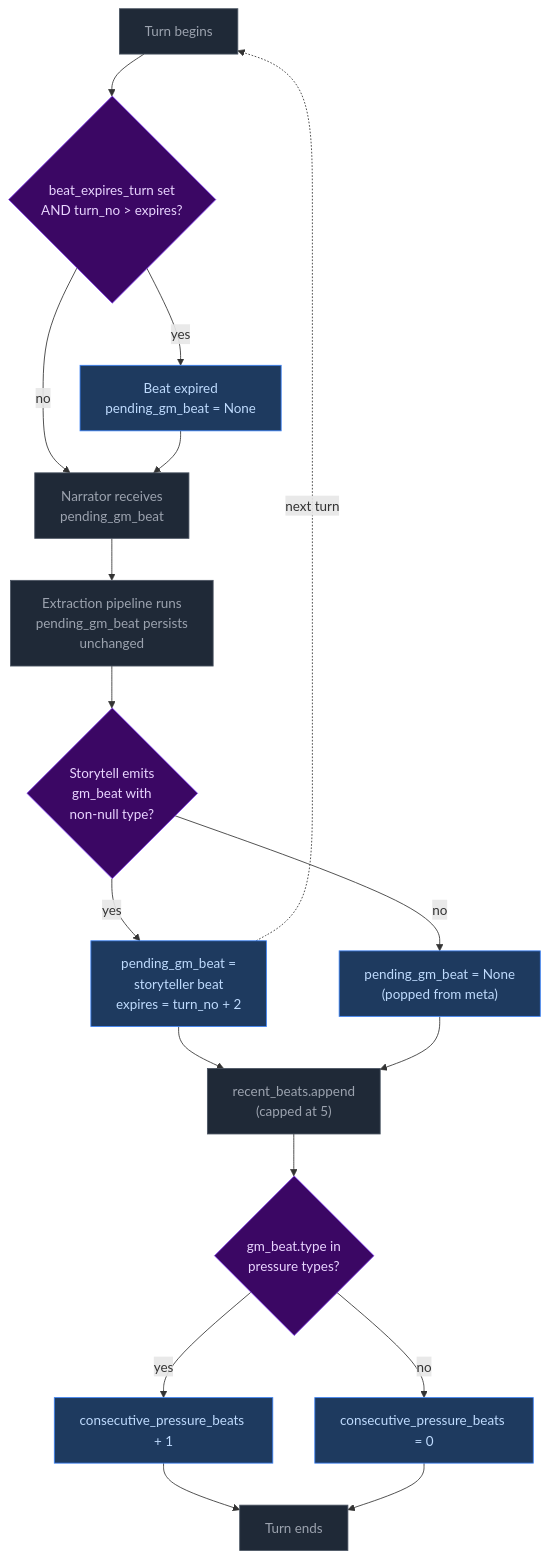
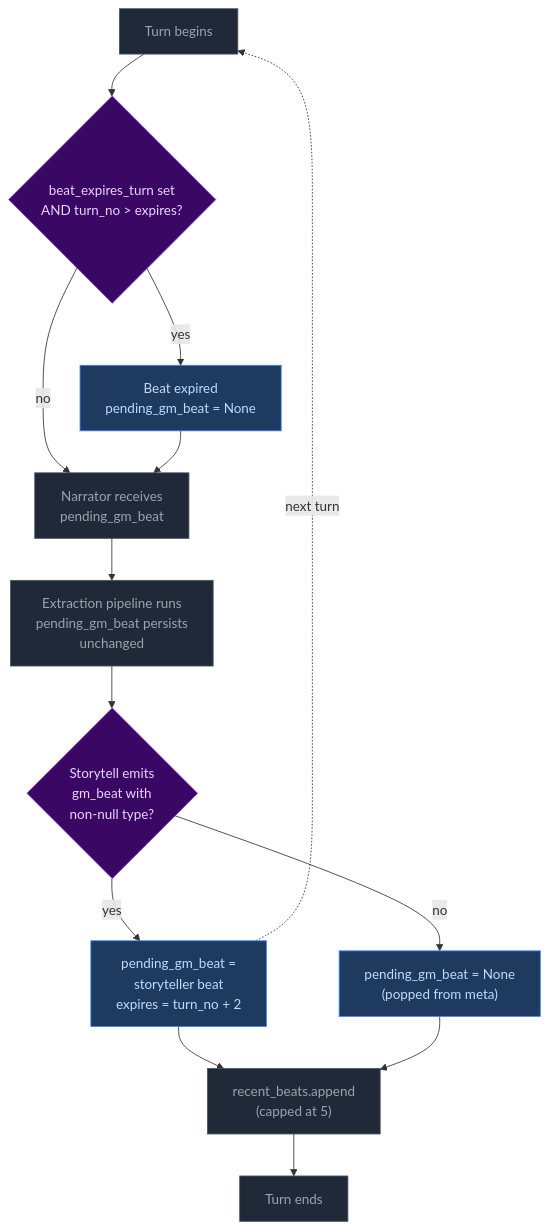
Before and after one commit to pww217/fablethread: the second of 7 diagrams in docs/architecture/pacing-systems.md, drawn with Mermaid. The commit also changed other lines of this file and 6 other files, not shown here.

````diff
--- a/docs/architecture/pacing-systems.md
+++ b/docs/architecture/pacing-systems.md
@@ -89,31 +84,26 @@
 ```mermaid
 flowchart TD
     classDef pyNode fill:#1f2937,color:#9ca3af,stroke:#4b5563
     classDef decision fill:#3b0764,color:#e9d5ff,stroke:#7c3aed
     classDef output fill:#1e3a5f,color:#bfdbfe,stroke:#3b82f6
     classDef system fill:#3b0764,color:#e9d5ff,stroke:#7c3aed,strokeWidth:2px
 
     START["Turn begins"]:::pyNode --> EXPIRY{"beat_expires_turn set<br>AND turn_no > expires?"}:::decision
     EXPIRY -- yes --> NULL["Beat expired<br>pending_gm_beat = None"]:::output
     EXPIRY -- no --> NARRATE["Narrator receives<br>pending_gm_beat"]:::pyNode
     NULL --> NARRATE
 
     NARRATE --> EXTRACTION["Extraction pipeline runs<br>pending_gm_beat persists<br>unchanged"]:::pyNode
     EXTRACTION --> STORYLLM{"Storytell emits<br>gm_beat with<br>non-null type?"}:::decision
     STORYLLM -- yes --> STORED["pending_gm_beat =<br>storyteller beat<br>expires = turn_no + 2"]:::output
     STORYLLM -- no --> POPPED["pending_gm_beat = None<br>(popped from meta)"]:::output
 
     STORED --> HISTORY["recent_beats.append<br>(capped at 5)"]:::pyNode
     POPPED --> HISTORY
 
-    HISTORY --> COUNTER{"gm_beat.type in<br>pressure types?"}:::decision
-    COUNTER -- yes --> INC["consecutive_pressure_beats + 1"]:::output
-    COUNTER -- no --> RESET["consecutive_pressure_beats = 0"]:::output
-
-    INC --> END["Turn ends"]:::pyNode
-    RESET --> END
+    HISTORY --> END["Turn ends"]:::pyNode
     STORED -. "next turn" .-> START
 
     style STORYLLM fill:#3b0764,color:#e9d5ff,stroke:#7c3aed
     style EXPIRY fill:#3b0764,color:#e9d5ff,stroke:#7c3aed
 ```
````
